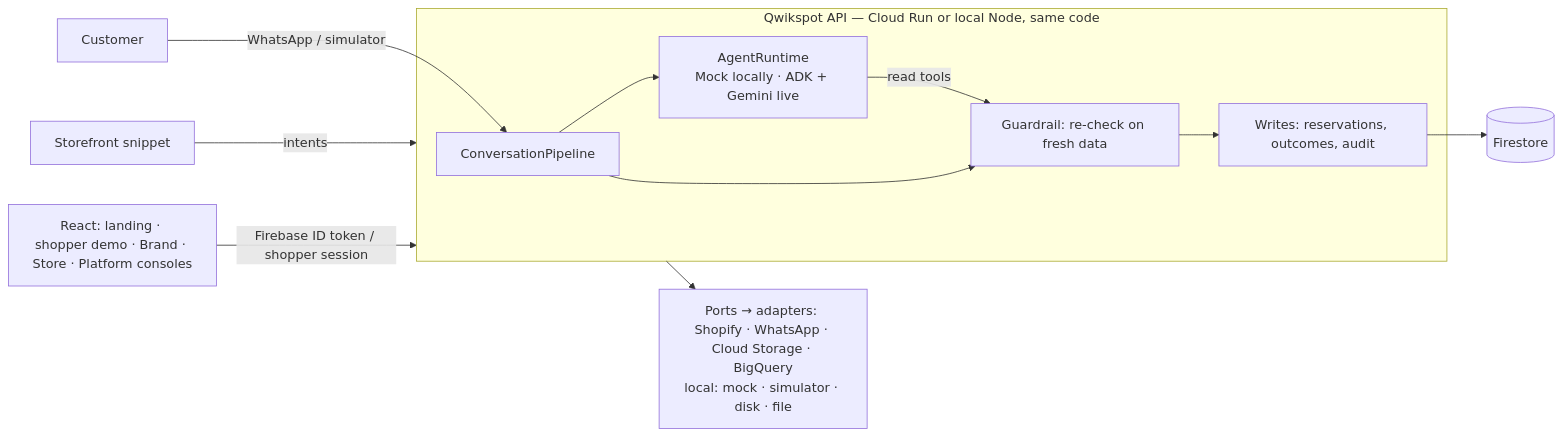
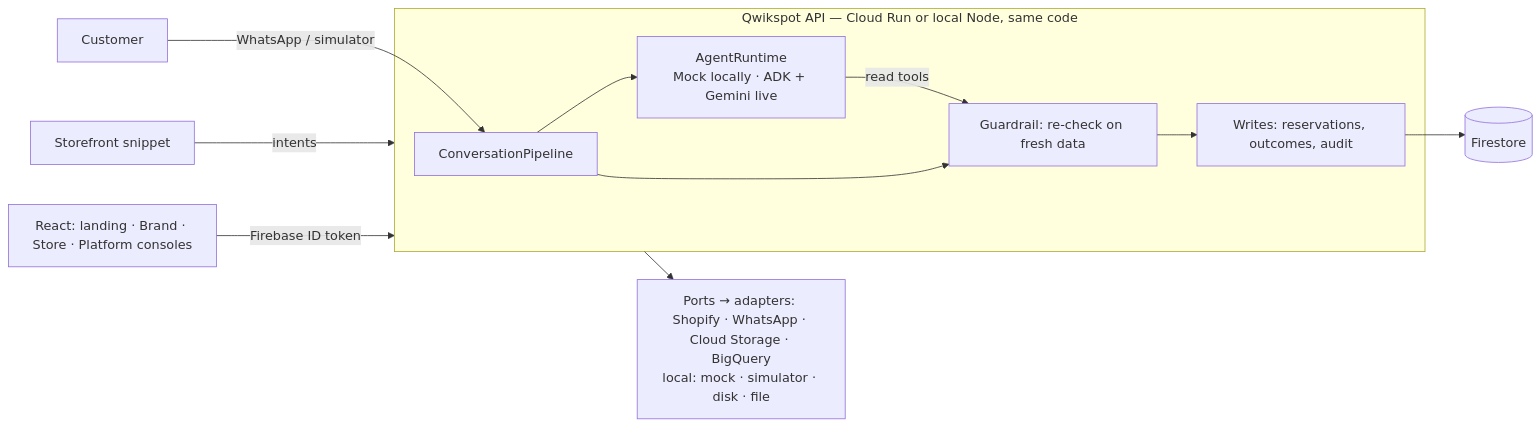
The diagram in README.md (Alfaiz777/buildwise), drawn with Mermaid before and after one commit. The commit also changed other lines of this file, not shown here.

First line of the commit message:
docs(readme): live demo steps for judges

````diff
--- a/README.md
+++ b/README.md
@@ -87,13 +95,13 @@
 ```mermaid
 flowchart LR
   C[Customer] -->|WhatsApp / simulator| P
   SF[Storefront snippet] -->|intents| API
-  UI[React: landing · shopper demo · Brand · Store · Platform consoles] -->|Firebase ID token / shopper session| API
+  UI[React: landing · Brand · Store · Platform consoles] -->|Firebase ID token| API
   subgraph API[Qwikspot API — Cloud Run or local Node, same code]
     P[ConversationPipeline] --> A[AgentRuntime<br/>Mock locally · ADK + Gemini live]
     A -->|read tools| G[Guardrail: re-check on fresh data]
     P --> G --> W[Writes: reservations, outcomes, audit]
   end
   W --> DB[(Firestore)]
   API --> X[Ports → adapters: Shopify · WhatsApp · Cloud Storage · BigQuery<br/>local: mock · simulator · disk · file]
 ```
````
